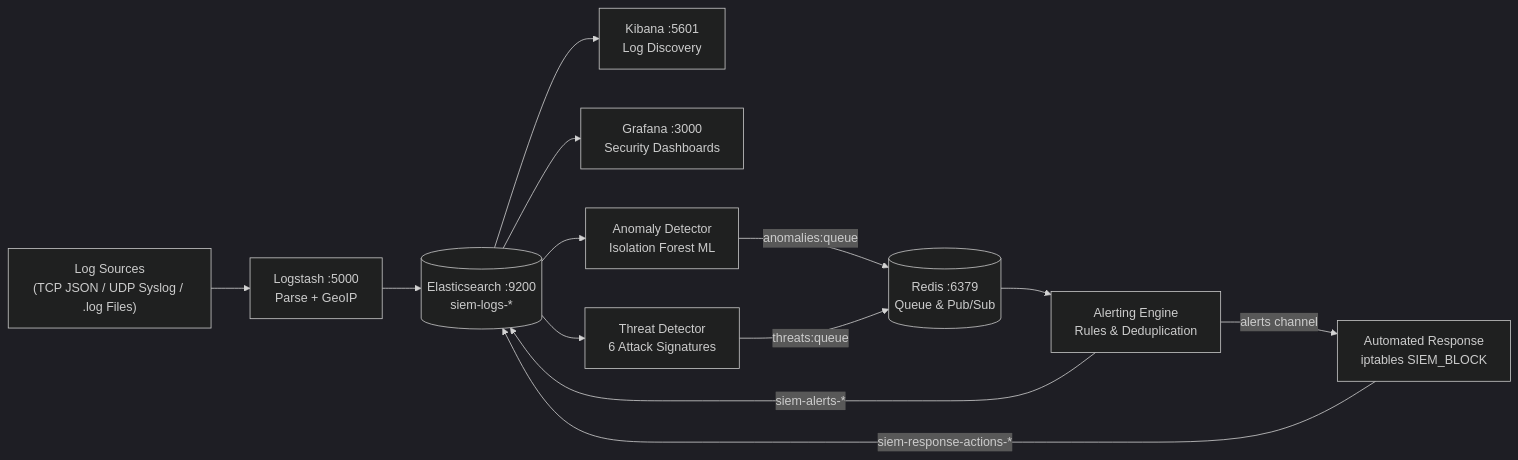
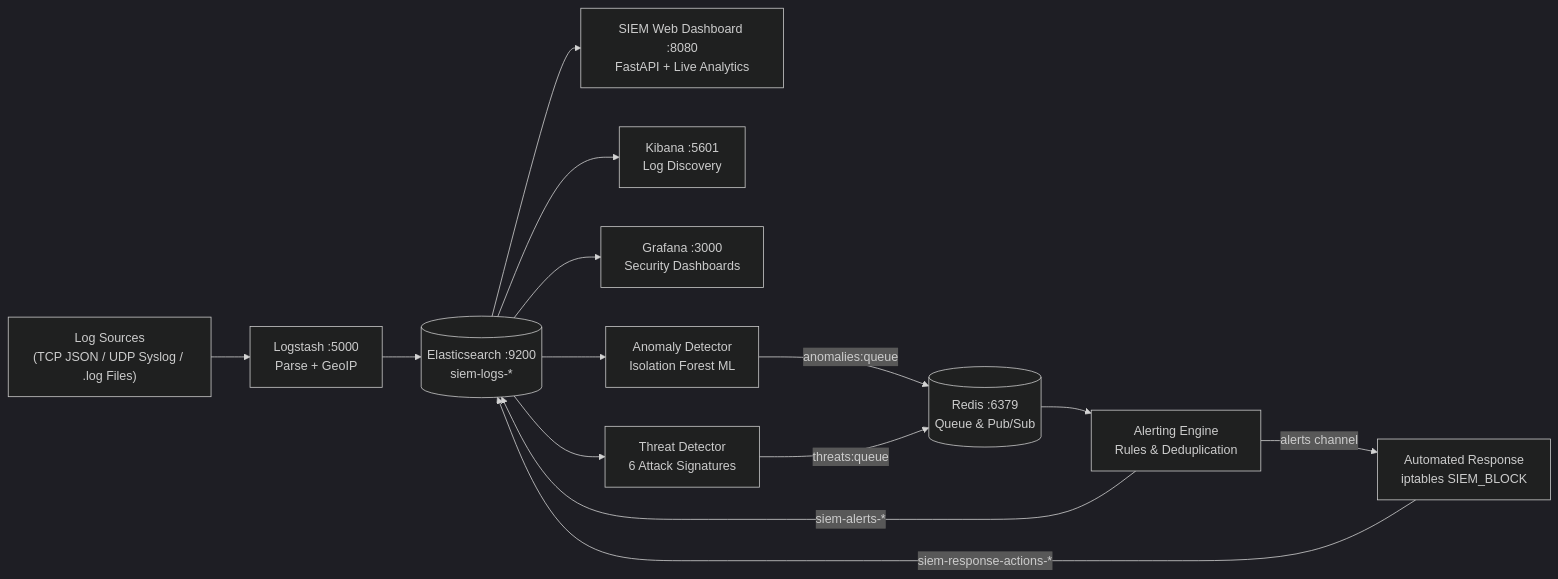
The diagram in README.md (harman014/SIEM), drawn with Mermaid (dark theme) before and after one commit. The commit also changed other lines of this file and 5 other files, not shown here.

Commit message:
Add light-themed FastAPI SIEM web dashboard on port 8080 and update README

````diff
--- a/README.md
+++ b/README.md
@@ -28,18 +30,19 @@
 ```mermaid
 flowchart LR
     Sources["Log Sources\n(TCP JSON / UDP Syslog / .log Files)"] --> Logstash["Logstash :5000\nParse + GeoIP"]
     Logstash --> ES[("Elasticsearch :9200\nsiem-logs-*")]
 
+    ES --> Frontend["SIEM Web Dashboard :8080\nFastAPI + Live Analytics"]
     ES --> Kibana["Kibana :5601\nLog Discovery"]
     ES --> Grafana["Grafana :3000\nSecurity Dashboards"]
     ES --> Anomaly["Anomaly Detector\nIsolation Forest ML"]
     ES --> Threat["Threat Detector\n6 Attack Signatures"]
 
     Anomaly -->|"anomalies:queue"| Redis[("Redis :6379\nQueue & Pub/Sub")]
     Threat -->|"threats:queue"| Redis
 
     Redis --> Alerting["Alerting Engine\nRules & Deduplication"]
     Alerting -->|"siem-alerts-*"| ES
     Alerting -->|"alerts channel"| Response["Automated Response\niptables SIEM_BLOCK"]
     Response -->|"siem-response-actions-*"| ES
 ```
````
